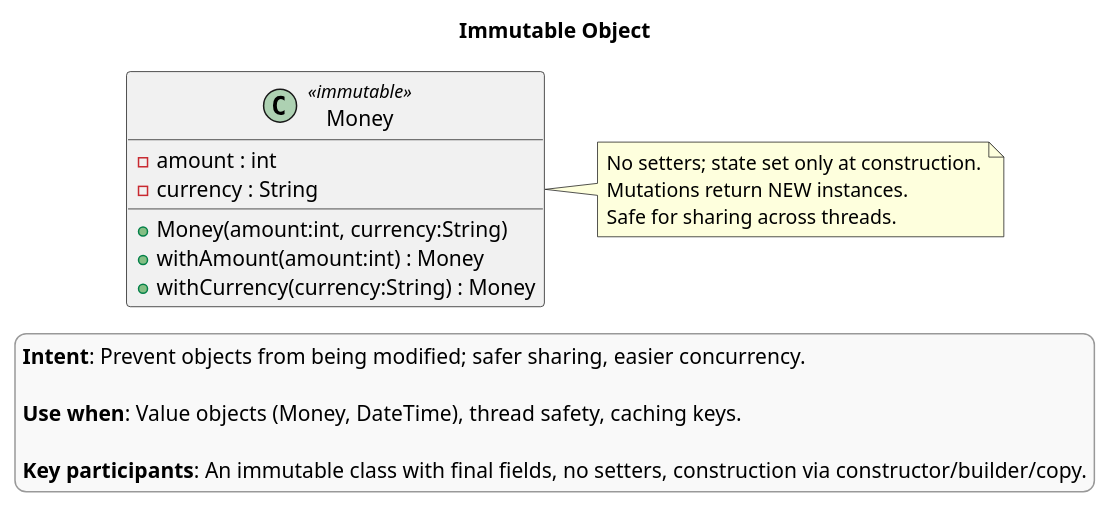
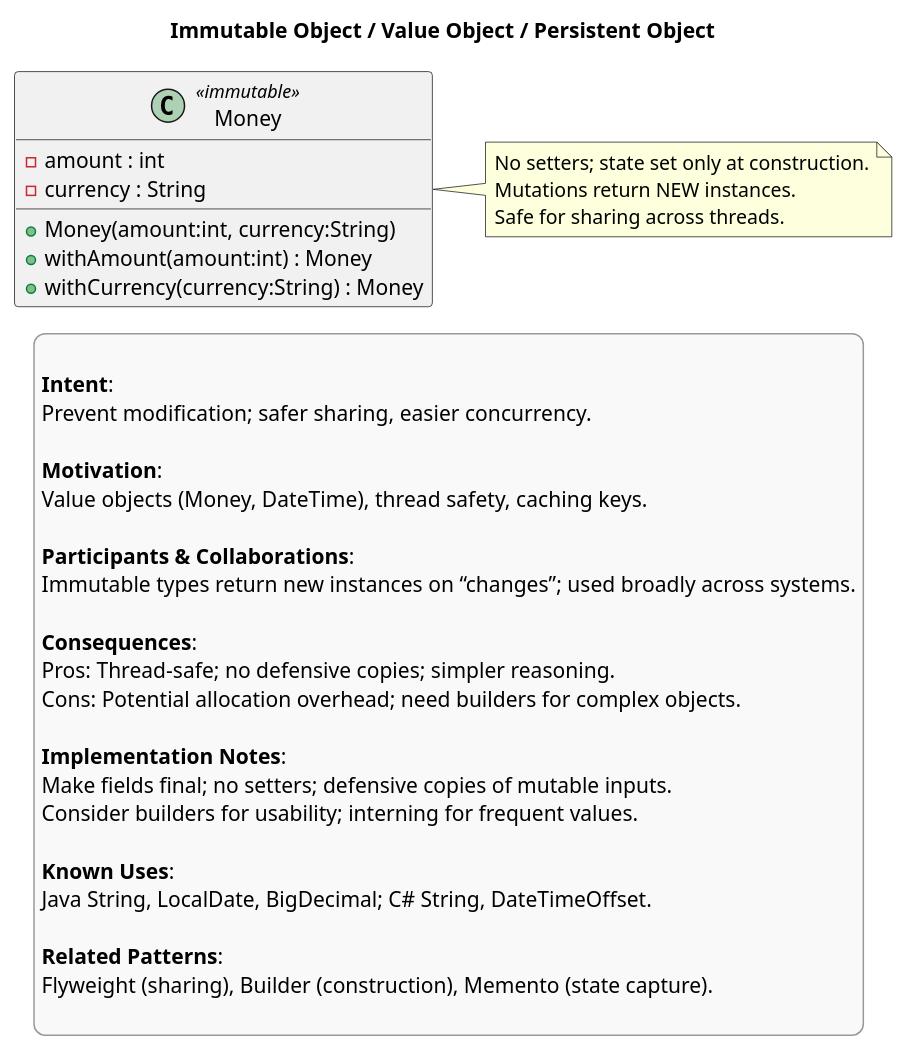
One commit to AkselErenberk/design-patterns changed the diagram in theory/behavioral/immutable.puml. Above: the diagram before and after it, drawn with PlantUML. The commit also changed 26 other files, not shown here.

Commit message:
design pattern class diagrams

```diff
--- a/theory/behavioral/immutable.puml
+++ b/theory/behavioral/immutable.puml
@@ -1,28 +1,47 @@
 @startuml
-title Immutable Object
+title Immutable Object / Value Object / Persistent Object
 
 skinparam legendBackgroundColor #f9f9f9
 skinparam legendBorderColor #999999
 
 legend right
-**Intent**: Prevent objects from being modified; safer sharing, easier concurrency.
 
-**Use when**: Value objects (Money, DateTime), thread safety, caching keys.
+**Intent**:
+Prevent modification; safer sharing, easier concurrency.
 
-**Key participants**: An immutable class with final fields, no setters, construction via constructor/builder/copy.
+**Motivation**:
+Value objects (Money, DateTime), thread safety, caching keys.
+
+**Participants & Collaborations**:
+Immutable types return new instances on “changes”; used broadly across systems.
+
+**Consequences**:
+Pros: Thread-safe; no defensive copies; simpler reasoning.
+Cons: Potential allocation overhead; need builders for complex objects.
+
+**Implementation Notes**:
+Make fields final; no setters; defensive copies of mutable inputs.
+Consider builders for usability; interning for frequent values.
+
+**Known Uses**:
+Java String, LocalDate, BigDecimal; C# String, DateTimeOffset.
+
+**Related Patterns**:
+Flyweight (sharing), Builder (construction), Memento (state capture).
+
 endlegend
 
 class Money <<immutable>> {
   -amount : int
   -currency : String
   +Money(amount:int, currency:String)
   +withAmount(amount:int) : Money
   +withCurrency(currency:String) : Money
 }
 
 note right of Money
 No setters; state set only at construction.
 Mutations return NEW instances.
 Safe for sharing across threads.
 end note
 @enduml
```
